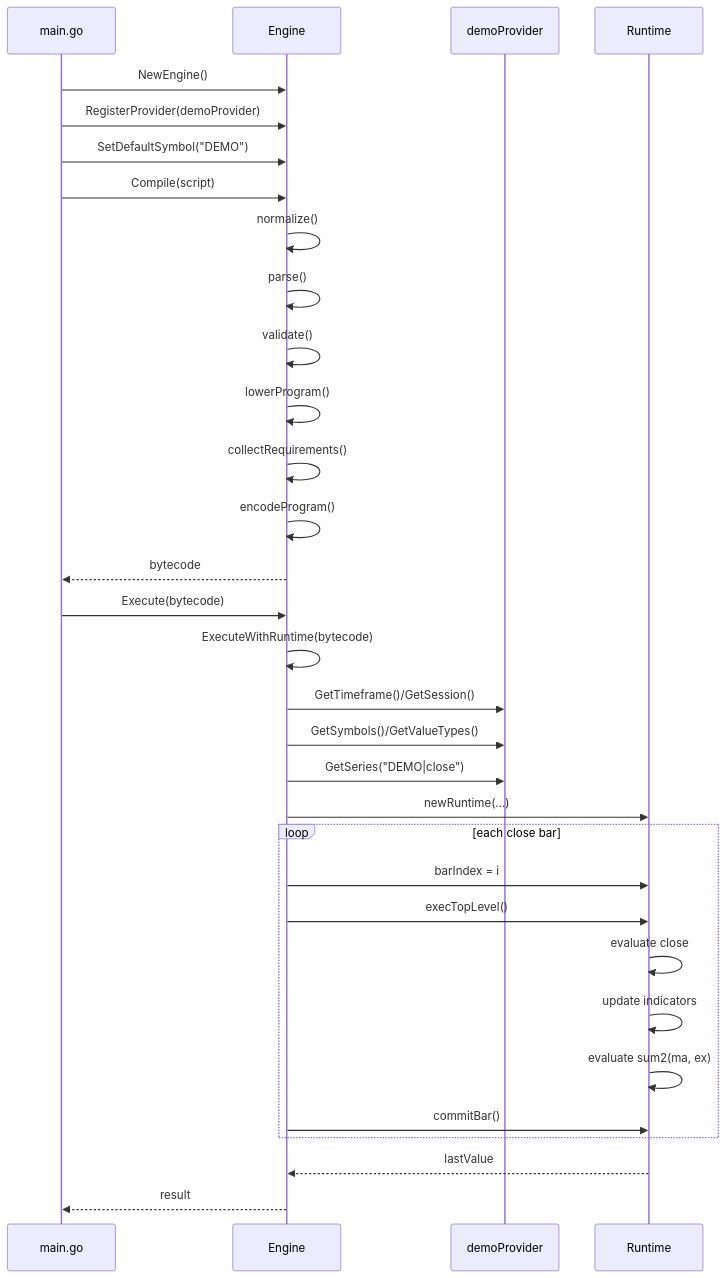
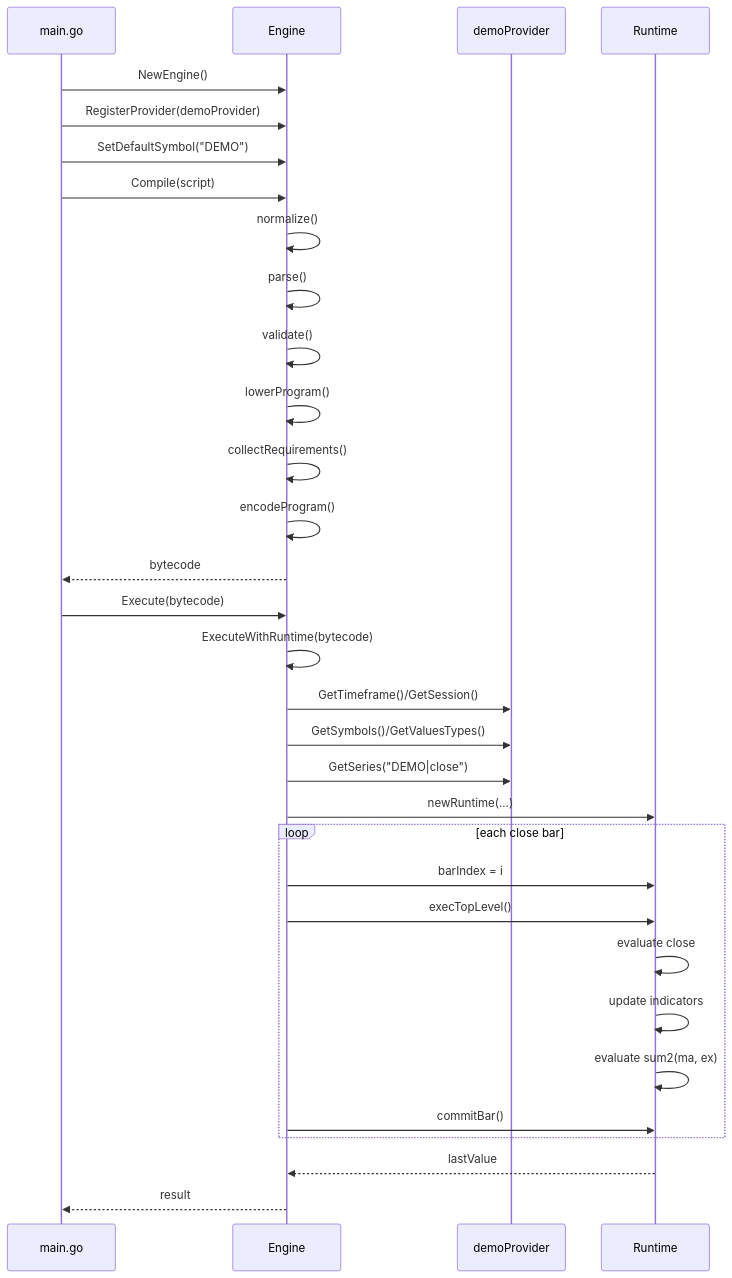
The second of 2 diagrams in README.md (woodstock-tokyo/pinescription), drawn with Mermaid before and after one commit. The commit also changed other lines of this file, not shown here.

Commit message:
fix: mismatch names

````diff
--- a/README.md
+++ b/README.md
@@ -233,39 +233,39 @@
 ```mermaid
 %%{init: {"themeVariables": {"fontSize": "12px"}, "sequence": {"diagramMarginX": 20, "diagramMarginY": 10, "messageMargin": 10}} }%%
 sequenceDiagram
 	participant App as main.go
 	participant Eng as Engine
 	participant Prov as demoProvider
 	participant RT as Runtime
 
 	App->>Eng: NewEngine()
 	App->>Eng: RegisterProvider(demoProvider)
 	App->>Eng: SetDefaultSymbol("DEMO")
 	App->>Eng: Compile(script)
 	Eng->>Eng: normalize()
 	Eng->>Eng: parse()
 	Eng->>Eng: validate()
 	Eng->>Eng: lowerProgram()
 	Eng->>Eng: collectRequirements()
 	Eng->>Eng: encodeProgram()
 	Eng-->>App: bytecode
 
 	App->>Eng: Execute(bytecode)
 	Eng->>Eng: ExecuteWithRuntime(bytecode)
 	Eng->>Prov: GetTimeframe()/GetSession()
-	Eng->>Prov: GetSymbols()/GetValueTypes()
+	Eng->>Prov: GetSymbols()/GetValuesTypes()
 	Eng->>Prov: GetSeries("DEMO|close")
 	Eng->>RT: newRuntime(...)
 
 	loop each close bar
 		Eng->>RT: barIndex = i
 		Eng->>RT: execTopLevel()
 		RT->>RT: evaluate close
 		RT->>RT: update indicators
 		RT->>RT: evaluate sum2(ma, ex)
 		Eng->>RT: commitBar()
 	end
 
 	RT-->>Eng: lastValue
 	Eng-->>App: result
 ```
````
